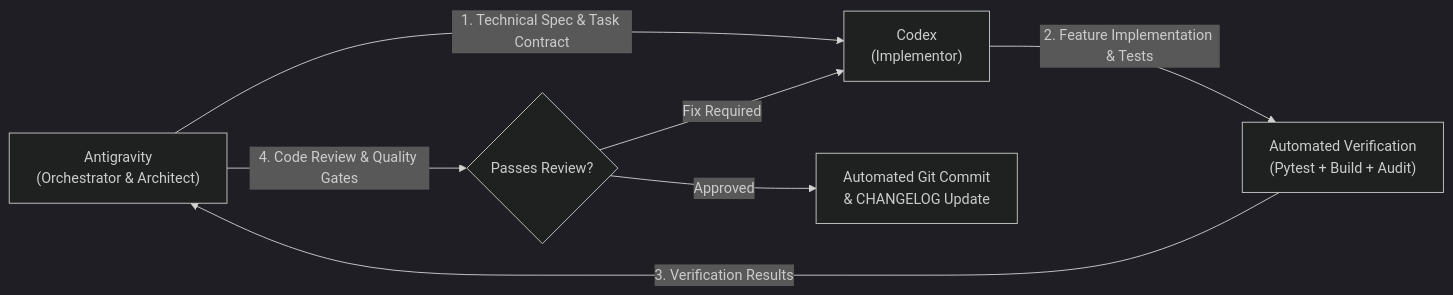
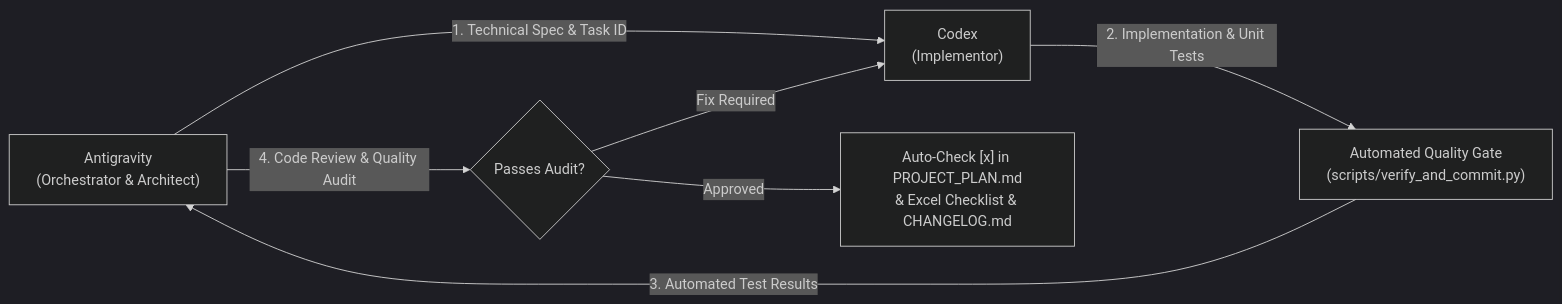
The diagram in PROJECT_PLAN.md (Dev-RyleR6/OvaLens-Ecosystem), drawn with Mermaid (dark theme) before and after one commit. The commit also changed other lines of this file and 5 other files, not shown here.

Commit message:
feat(workflow): integrate automated task checklist and global agent protocol into workflow

````diff
--- a/PROJECT_PLAN.md
+++ b/PROJECT_PLAN.md
@@ -14,9 +14,9 @@
 ```mermaid
 flowchart LR
-    A["Antigravity\n(Orchestrator & Architect)"] -->|"1. Technical Spec & Task Contract"| B["Codex\n(Implementor)"]
-    B -->|"2. Feature Implementation & Tests"| C["Automated Verification\n(Pytest + Build + Audit)"]
-    C -->|"3. Verification Results"| A
-    A -->|"4. Code Review & Quality Gates"| D{"Passes Review?"}
+    A["Antigravity\n(Orchestrator & Architect)"] -->|"1. Technical Spec & Task ID"| B["Codex\n(Implementor)"]
+    B -->|"2. Implementation & Unit Tests"| C["Automated Quality Gate\n(scripts/verify_and_commit.py)"]
+    C -->|"3. Automated Test Results"| A
+    A -->|"4. Code Review & Quality Audit"| D{"Passes Audit?"}
     D -- "Fix Required" --> B
-    D -- "Approved" --> E["Automated Git Commit\n& CHANGELOG Update"]
+    D -- "Approved" --> E["Auto-Check [x] in PROJECT_PLAN.md\n& Excel Checklist & CHANGELOG.md"]
 ```
````
